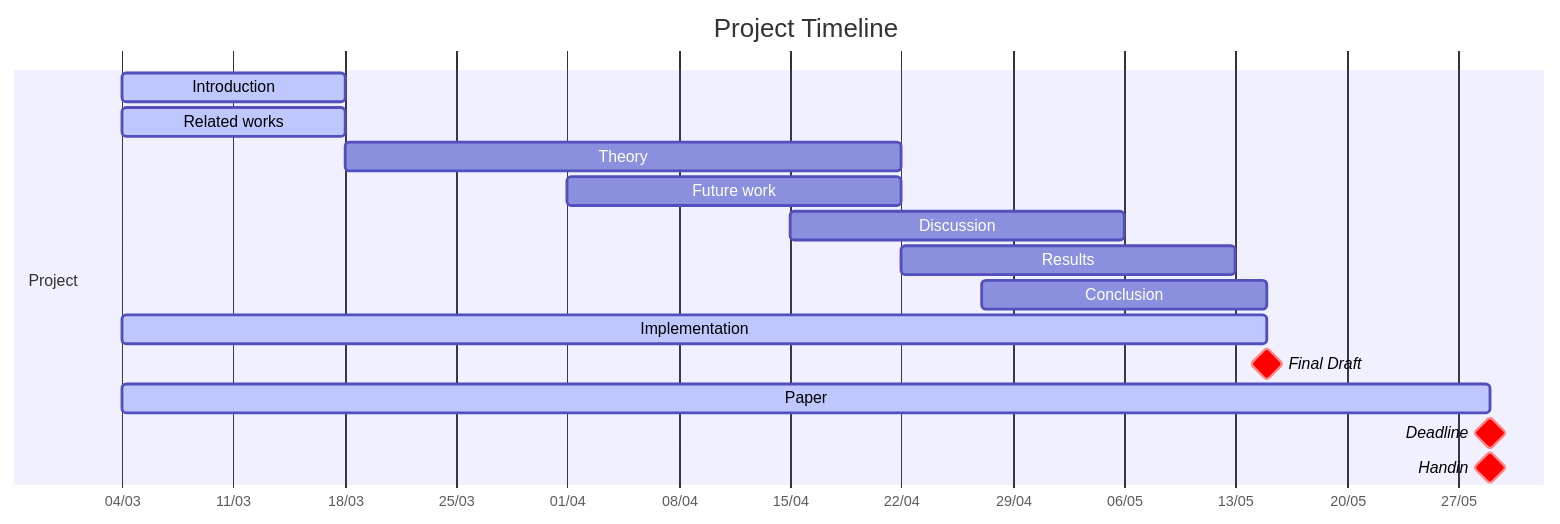
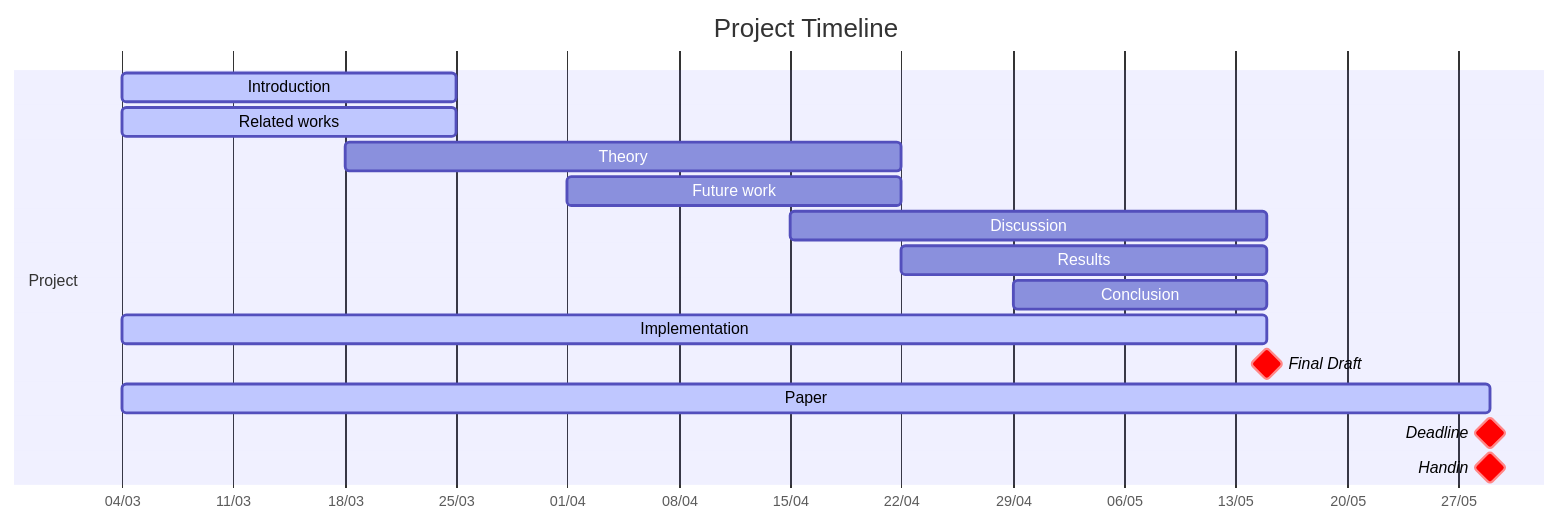
One commit to AAU-Dat/P8-supporting-schema-creation changed the diagram in Writerside/topics/Roadmap.md. Above: the diagram before and after it, drawn with Mermaid.

Commit message:
changed lengths

````diff
--- a/Writerside/topics/Roadmap.md
+++ b/Writerside/topics/Roadmap.md
@@ -2,22 +2,22 @@
 ```mermaid
 gantt
     tickInterval 1week
     weekday monday
     title Project Timeline
     dateFormat  YYYY-MM-DD
     axisFormat %d/%m
     
     section Project
-    Introduction: active, 2024-03-04, 14d
-    Related works: active, 2024-03-04, 14d
+    Introduction: active, 2024-03-04, 21d
+    Related works: active, 2024-03-04, 21d
     Theory: 2024-03-18, 35d
     Future work: 2024-04-01, 21d
-    Discussion: 2024-04-15, 21d
-    Results: 2024-04-22, 21d
-    Conclusion: 2024-04-27, 18d
+    Discussion: 2024-04-15, 30d
+    Results: 2024-04-22, 23d
+    Conclusion: 2024-04-29, 16d
     Implementation: active, 2024-03-04, 2024-05-15
     Final Draft: crit, milestone, 2024-05-15,
     Paper: active, 2024-03-04, 2024-05-29
     Deadline: crit, milestone, 2024-05-29, 
     Handin: crit, milestone, 2024-05-29,
 ```
````
